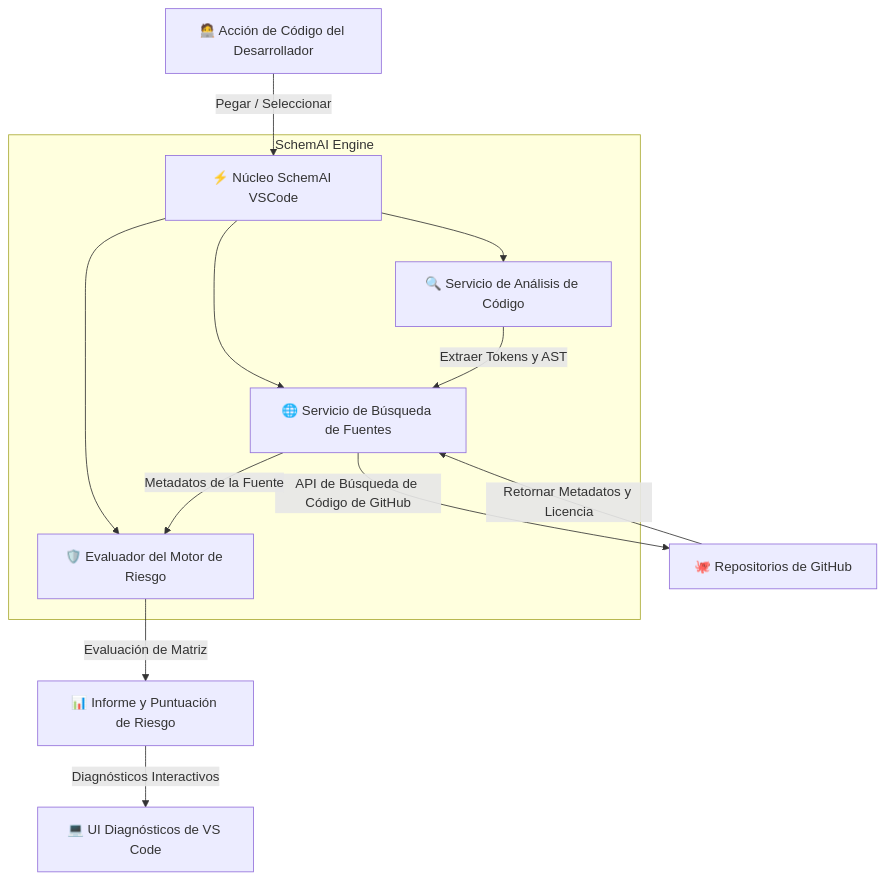
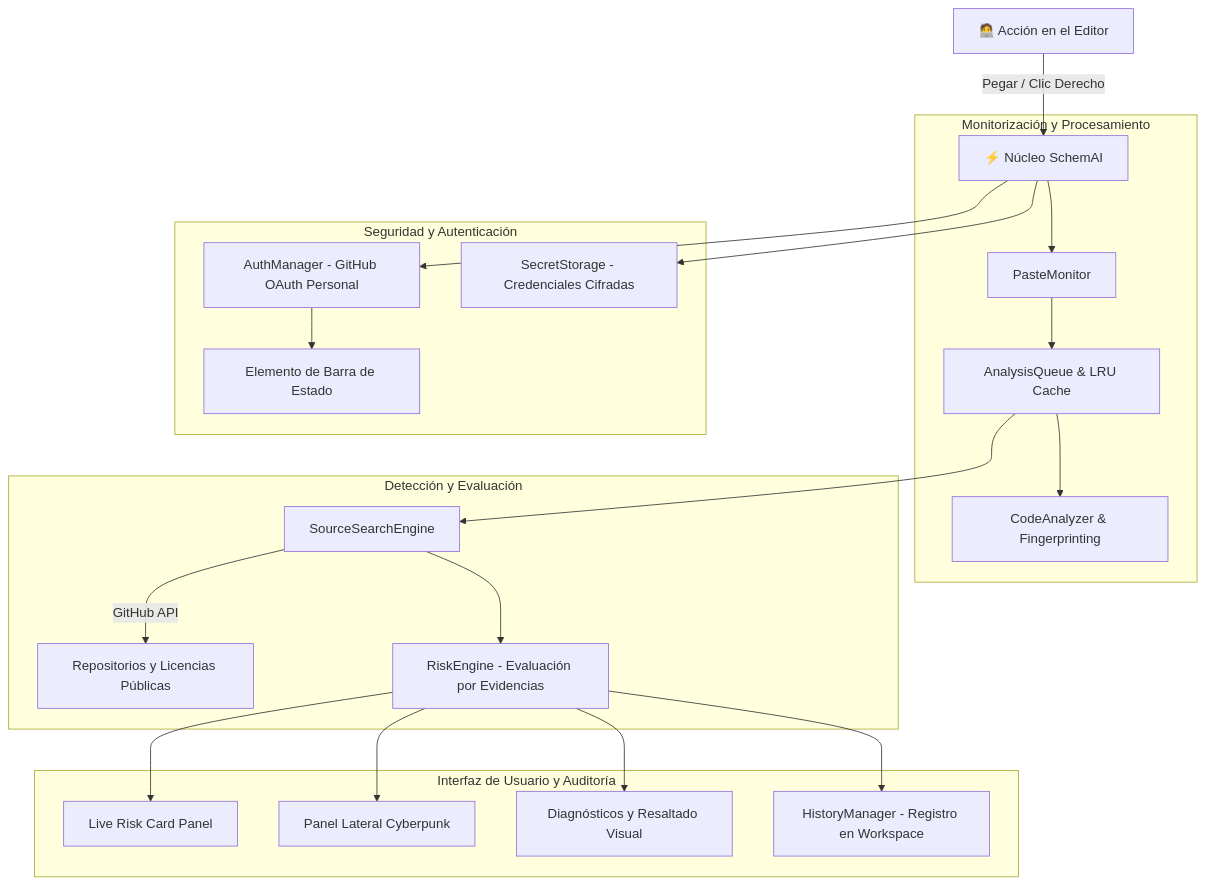
One commit to Hwai-technology/schemai changed the second of 2 diagrams in README_ES.md. Above: the diagram before and after it, drawn with Mermaid. The commit also changed other lines of this file and 8 other files, not shown here.

Commit message:
docs: update all README files with v0.1.1 architecture and add EditorConfig and Prettier configurations

````diff
--- a/README_ES.md
+++ b/README_ES.md
@@ -86,17 +90,29 @@
 ```mermaid
 graph TD
-    A[🧑‍💻 Acción de Código del Desarrollador] -->|Pegar / Seleccionar| B[⚡ Núcleo SchemAI VSCode]
-    
-    subgraph SchemAI Engine
-        B --> C[🔍 Servicio de Análisis de Código]
-        B --> D[🌐 Servicio de Búsqueda de Fuentes]
-        B --> E[🛡️ Evaluador del Motor de Riesgo]
+    A[🧑‍💻 Acción en el Editor] -->|Pegar / Clic Derecho| B[⚡ Núcleo SchemAI]
+
+    subgraph Monitorización y Procesamiento
+        B --> C[PasteMonitor]
+        C --> D[AnalysisQueue & LRU Cache]
+        D --> E[CodeAnalyzer & Fingerprinting]
     end
-    
-    C -->|Extraer Tokens y AST| D
-    D -->|API de Búsqueda de Código de GitHub| F[🐙 Repositorios de GitHub]
-    F -->|Retornar Metadatos y Licencia| D
-    D -->|Metadatos de la Fuente| E
-    E -->|Evaluación de Matriz| G[📊 Informe y Puntuación de Riesgo]
-    G -->|Diagnósticos Interactivos| H[💻 UI Diagnósticos de VS Code]
+
+    subgraph Seguridad y Autenticación
+        B --> F[AuthManager - GitHub OAuth Personal]
+        B --> G[SecretStorage - Credenciales Cifradas]
+        F --> H[Elemento de Barra de Estado]
+    end
+
+    subgraph Detección y Evaluación
+        D --> I[SourceSearchEngine]
+        I -->|GitHub API| J[Repositorios y Licencias Públicas]
+        I --> K[RiskEngine - Evaluación por Evidencias]
+    end
+
+    subgraph Interfaz de Usuario y Auditoría
+        K --> L[Live Risk Card Panel]
+        K --> M[Panel Lateral Cyberpunk]
+        K --> N[Diagnósticos y Resaltado Visual]
+        K --> O[HistoryManager - Registro en Workspace]
+    end
 ```
````
